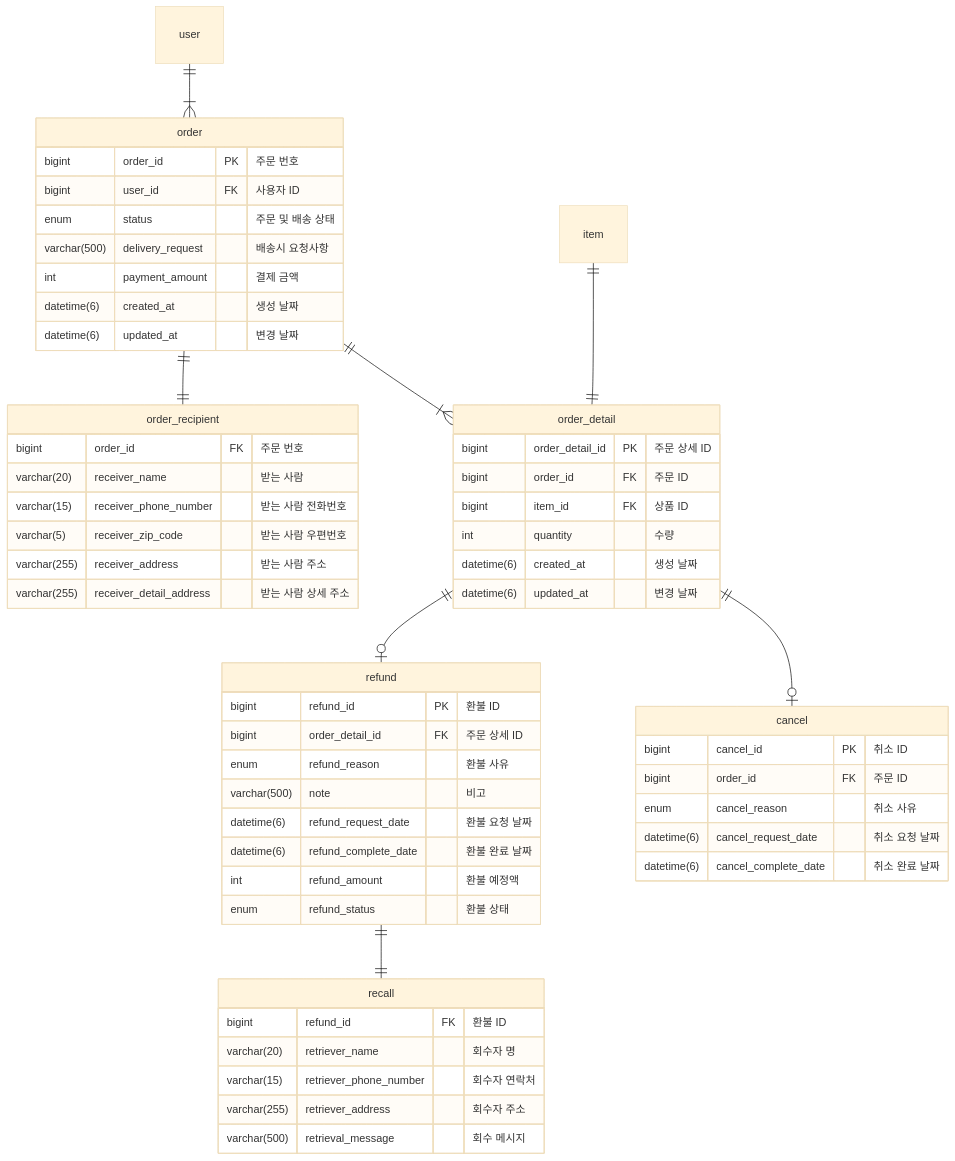
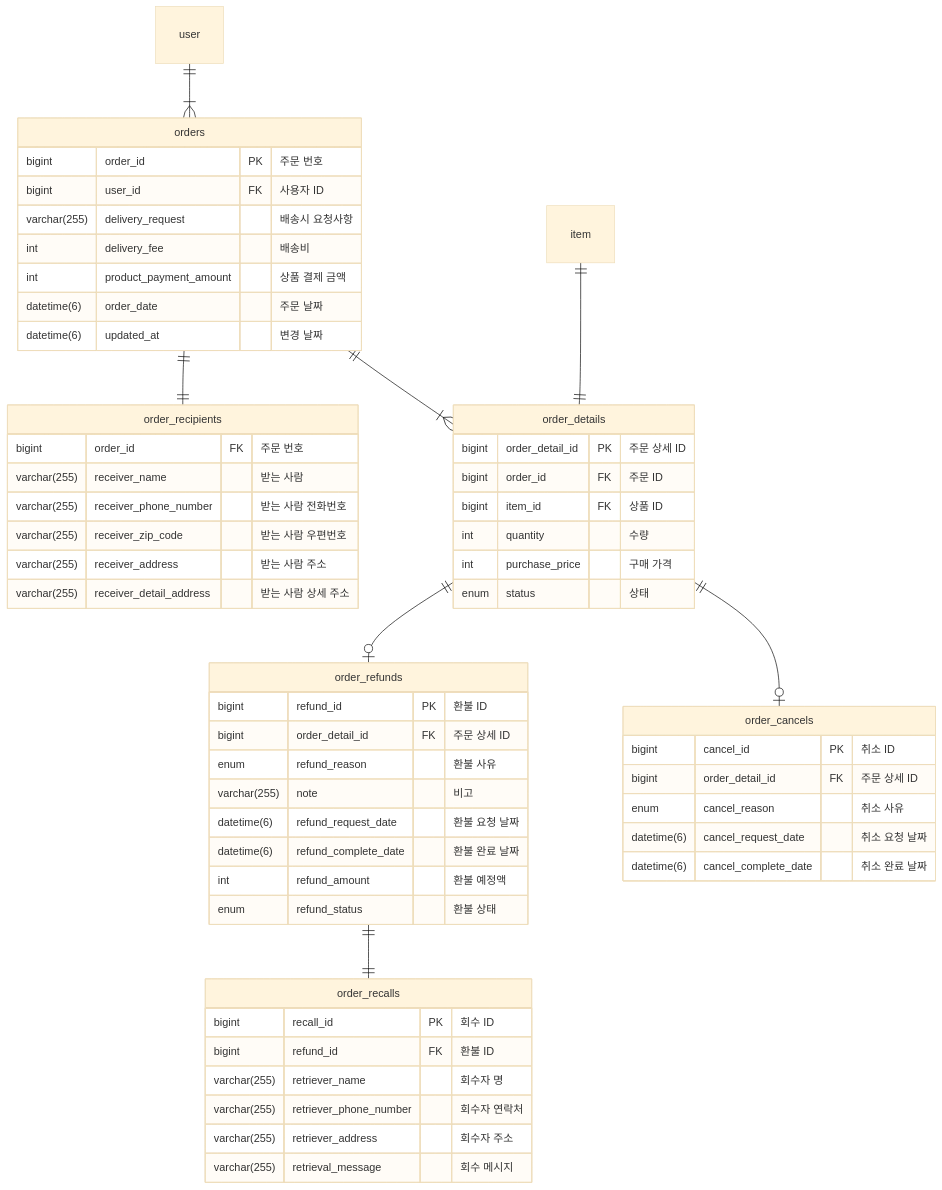
One commit to kea-dpang/order-server changed the diagram in README.md. Above: the diagram before and after it, drawn with Mermaid (base theme). The commit also changed 60 other files, not shown here.

````diff
--- a/README.md
+++ b/README.md
@@ -3,66 +3,67 @@
 ```mermaid
 erDiagram
-  order {
-    bigint order_id PK "주문 번호"
-    bigint user_id FK "사용자 ID"
-    enum status "주문 및 배송 상태"
-    varchar(500) delivery_request "배송시 요청사항"
-    int payment_amount "결제 금액"
-    datetime(6) created_at "생성 날짜"
-    datetime(6) updated_at "변경 날짜"
-  }
+    orders {
+        bigint order_id PK "주문 번호"
+        bigint user_id FK "사용자 ID"
+        varchar(255) delivery_request "배송시 요청사항"
+        int delivery_fee "배송비"
+        int product_payment_amount "상품 결제 금액"
+        datetime(6) order_date "주문 날짜"
+        datetime(6) updated_at "변경 날짜"
+    }
 
-  order_recipient {
-    bigint order_id FK "주문 번호"
-      varchar(20) receiver_name "받는 사람"
-      varchar(15) receiver_phone_number "받는 사람 전화번호"
-      varchar(5) receiver_zip_code "받는 사람 우편번호"
-      varchar(255) receiver_address "받는 사람 주소"
-      varchar(255) receiver_detail_address "받는 사람 상세 주소"
-   }
+    order_recipients {
+        bigint order_id FK "주문 번호"
+        varchar(255) receiver_name "받는 사람"
+        varchar(255) receiver_phone_number "받는 사람 전화번호"
+        varchar(255) receiver_zip_code "받는 사람 우편번호"
+        varchar(255) receiver_address "받는 사람 주소"
+        varchar(255) receiver_detail_address "받는 사람 상세 주소"
+    }
 
-  order_detail {
-    bigint order_detail_id PK "주문 상세 ID"
-    bigint order_id FK "주문 ID"
-    bigint item_id FK "상품 ID"
-    int quantity "수량"
-    datetime(6) created_at "생성 날짜"
-    datetime(6) updated_at "변경 날짜"
-  }
+    order_details {
+        bigint order_detail_id PK "주문 상세 ID"
+        bigint order_id FK "주문 ID"
+        bigint item_id FK "상품 ID"
+        int quantity "수량"
+        int purchase_price "구매 가격"
+        enum status "상태"
+    }
 
-  refund {
-    bigint refund_id PK "환불 ID"
-    bigint order_detail_id FK "주문 상세 ID"
-    enum refund_reason "환불 사유"
-    varchar(500) note "비고"
-    datetime(6) refund_request_date "환불 요청 날짜"
-    datetime(6) refund_complete_date "환불 완료 날짜"
-    int refund_amount "환불 예정액"
-    enum refund_status "환불 상태"
-  }
+    order_refunds {
+        bigint refund_id PK "환불 ID"
+        bigint order_detail_id FK "주문 상세 ID"
+        enum refund_reason "환불 사유"
+        varchar(255) note "비고"
+        datetime(6) refund_request_date "환불 요청 날짜"
+        datetime(6) refund_complete_date "환불 완료 날짜"
+        int refund_amount "환불 예정액"
+        enum refund_status "환불 상태"
+    }
 
-  recall {
-    bigint refund_id FK "환불 ID"
-    varchar(20) retriever_name "회수자 명"
-    varchar(15) retriever_phone_number "회수자 연락처"
-    varchar(255) retriever_address "회수자 주소"
-    varchar(500) retrieval_message "회수 메시지"
-  }
+    order_recalls {
+        bigint recall_id PK "회수 ID"
+        bigint refund_id FK "환불 ID"
+        varchar(255) retriever_name "회수자 명"
+        varchar(255) retriever_phone_number "회수자 연락처"
+        varchar(255) retriever_address "회수자 주소"
+        varchar(255) retrieval_message "회수 메시지"
+    }
 
-  cancel {
-    bigint cancel_id PK "취소 ID"
-    bigint order_id FK "주문 ID"
-    enum cancel_reason "취소 사유"
-    datetime(6) cancel_request_date "취소 요청 날짜"
-    datetime(6) cancel_complete_date "취소 완료 날짜"
-  }
+    order_cancels {
+        bigint cancel_id PK "취소 ID"
+        bigint order_detail_id FK "주문 상세 ID"
+        enum cancel_reason "취소 사유"
+        datetime(6) cancel_request_date "취소 요청 날짜"
+        datetime(6) cancel_complete_date "취소 완료 날짜"
+    }
 
-  order ||--|{ order_detail: ""
-  order_detail ||--o| refund: ""
-  order ||--|| order_recipient: ""
-  order_detail ||--o| cancel: ""
-  refund ||--|| recall: ""
-  user ||--|{ order: ""
-  item ||--|| order_detail: ""
-    
+    orders ||--|{ order_details: ""
+    order_details ||--o| order_refunds: ""
+    orders ||--|| order_recipients: ""
+    order_details ||--o| order_cancels: ""
+    order_refunds ||--|| order_recalls: ""
+    user ||--|{ orders: ""
+    item ||--|| order_details: ""
+
 ```
````
